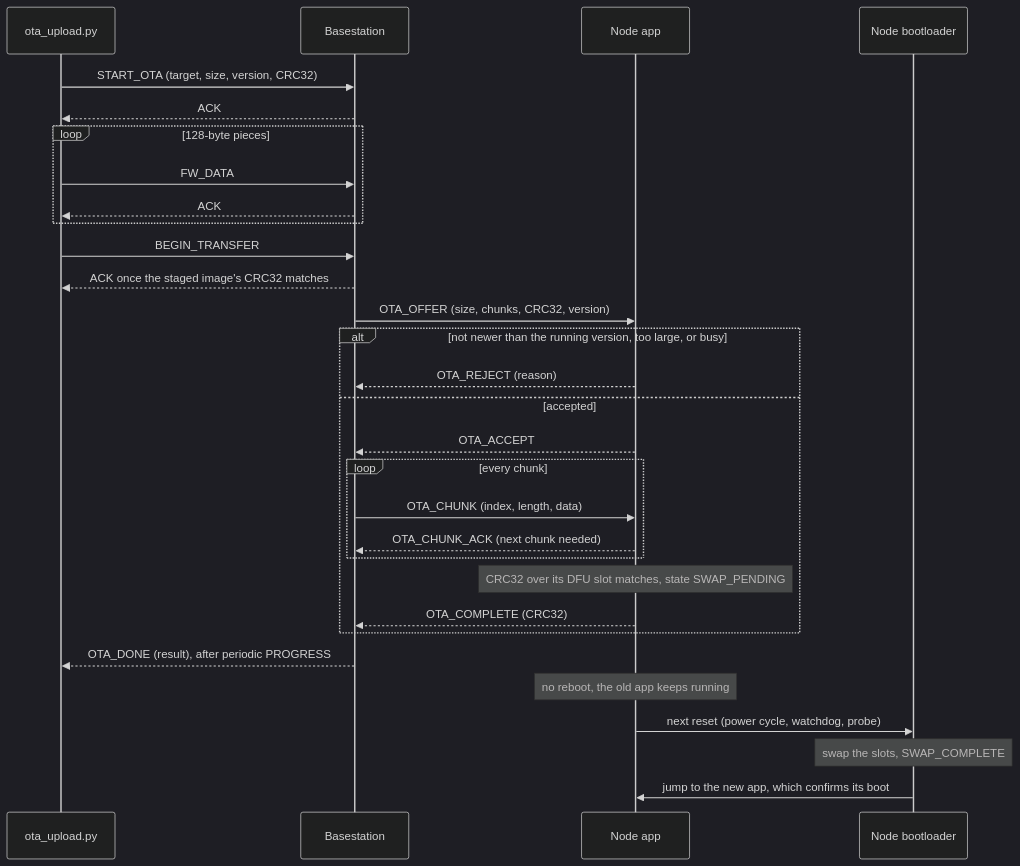
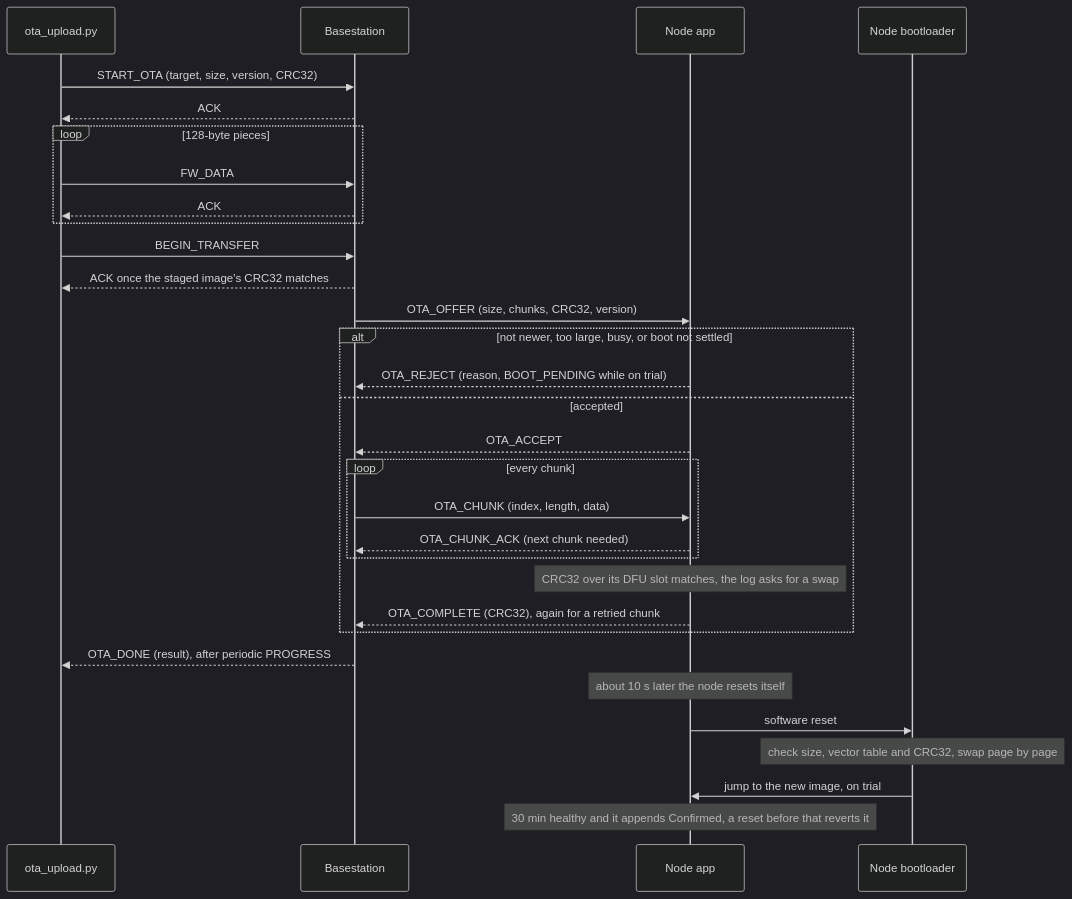
The fourth of 6 diagrams in ARCHITECTURE.md (tmpk13/long-range-radio-rs), drawn with Mermaid (dark theme) before and after one commit. The commit also changed other lines of this file and 9 other files, not shown here.

First line of the commit message:
Docs: the boot-state log, trial confirm, OTA reboot and the watchdogs

````diff
--- a/ARCHITECTURE.md
+++ b/ARCHITECTURE.md
@@ -150,32 +169,33 @@
 ```mermaid
 sequenceDiagram
     participant H as ota_upload.py
     participant B as Basestation
     participant N as Node app
     participant L as Node bootloader
     H->>B: START_OTA (target, size, version, CRC32)
     B-->>H: ACK
     loop 128-byte pieces
         H->>B: FW_DATA
         B-->>H: ACK
     end
     H->>B: BEGIN_TRANSFER
     B-->>H: ACK once the staged image's CRC32 matches
     B->>N: OTA_OFFER (size, chunks, CRC32, version)
-    alt not newer than the running version, too large, or busy
-        N-->>B: OTA_REJECT (reason)
+    alt not newer, too large, busy, or boot not settled
+        N-->>B: OTA_REJECT (reason, BOOT_PENDING while on trial)
     else accepted
         N-->>B: OTA_ACCEPT
         loop every chunk
             B->>N: OTA_CHUNK (index, length, data)
             N-->>B: OTA_CHUNK_ACK (next chunk needed)
         end
-        Note over N: CRC32 over its DFU slot matches, state SWAP_PENDING
-        N-->>B: OTA_COMPLETE (CRC32)
+        Note over N: CRC32 over its DFU slot matches, the log asks for a swap
+        N-->>B: OTA_COMPLETE (CRC32), again for a retried chunk
     end
     B-->>H: OTA_DONE (result), after periodic PROGRESS
-    Note over N: no reboot, the old app keeps running
-    N->>L: next reset (power cycle, watchdog, probe)
-    Note over L: swap the slots, SWAP_COMPLETE
-    L->>N: jump to the new app, which confirms its boot
+    Note over N: about 10 s later the node resets itself
+    N->>L: software reset
+    Note over L: check size, vector table and CRC32, swap page by page
+    L->>N: jump to the new image, on trial
+    Note over N: 30 min healthy and it appends Confirmed, a reset before that reverts it
 ```
````
